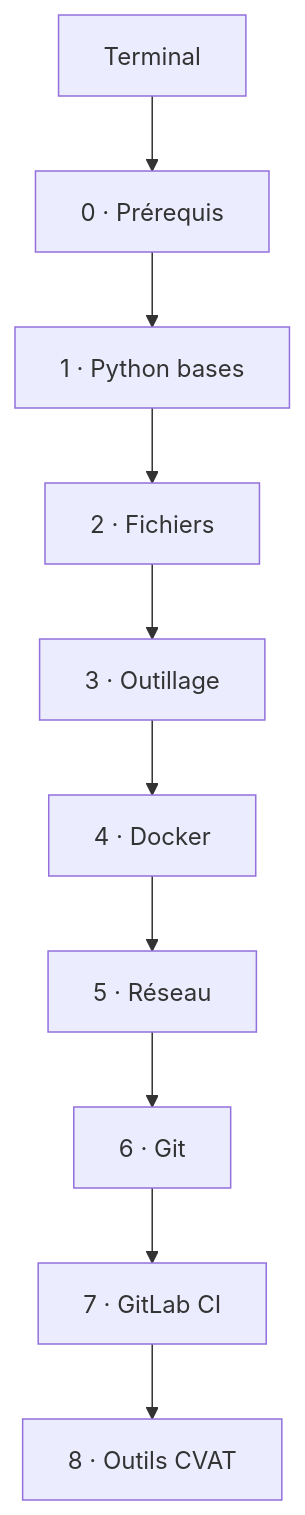
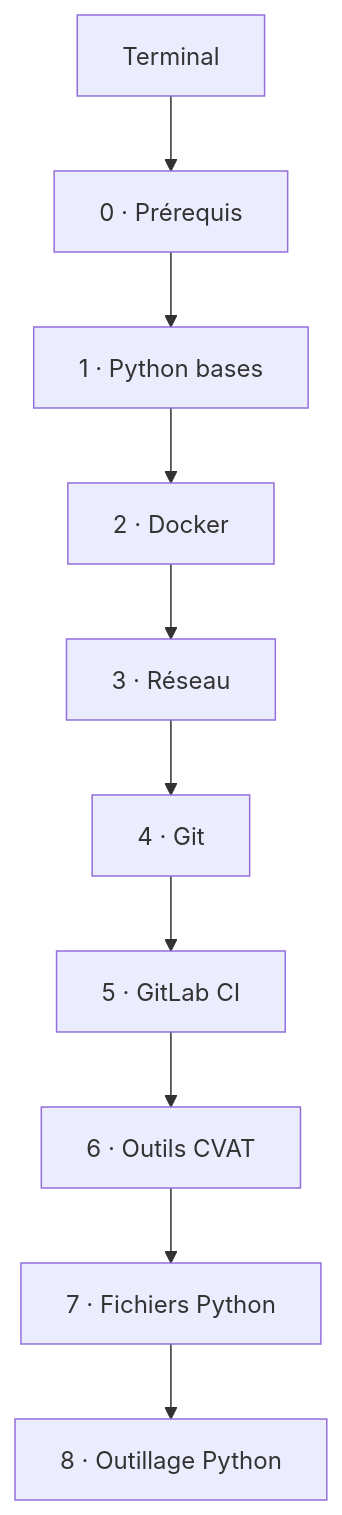
One commit to galsen-76/Informatique- changed the diagram in 01 — Parcours/Parcours - Python, Docker et CI.md. Above: the diagram before and after it, drawn with Mermaid. The commit also changed other lines of this file and 1 other file, not shown here.

First line of the commit message:
docs: parcours Python, Docker et CI, fichiers et outillage Python déplacés après la CI

````diff
--- a/01 — Parcours/Parcours - Python, Docker et CI.md
+++ b/01 — Parcours/Parcours - Python, Docker et CI.md
@@ -10,12 +10,12 @@
 ```mermaid
 flowchart TD
   T[Terminal] --> E0[0 · Prérequis]
   E0 --> E1[1 · Python bases]
-  E1 --> E2[2 · Fichiers]
-  E2 --> E3[3 · Outillage]
-  E3 --> E4[4 · Docker]
-  E4 --> E5[5 · Réseau]
-  E5 --> E6[6 · Git]
-  E6 --> E7[7 · GitLab CI]
-  E7 --> E8[8 · Outils CVAT]
+  E1 --> E2[2 · Docker]
+  E2 --> E3[3 · Réseau]
+  E3 --> E4[4 · Git]
+  E4 --> E5[5 · GitLab CI]
+  E5 --> E6[6 · Outils CVAT]
+  E6 --> E7[7 · Fichiers Python]
+  E7 --> E8[8 · Outillage Python]
 ```
````
